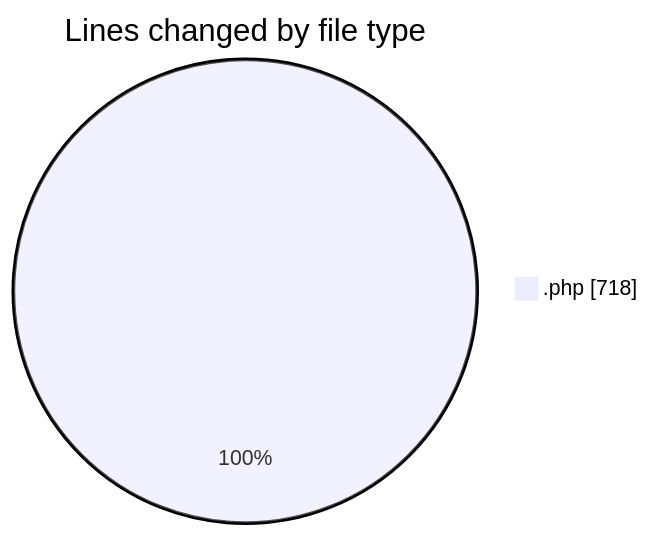
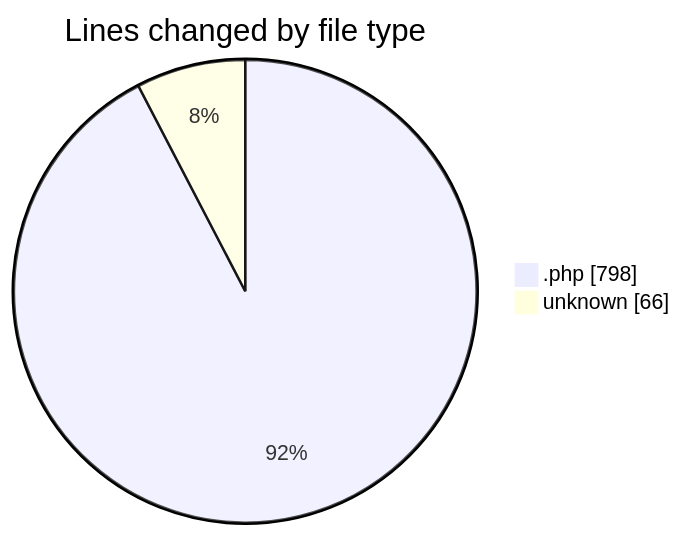
The first of 2 diagrams in 2025-10-05/lapangan-futsal/README.md (idhammustaqopulfikri/code-tracking), drawn with Mermaid before and after one commit. The commit also changed other lines of this file and 1 other file, not shown here.

````diff
--- a/2025-10-05/lapangan-futsal/README.md
+++ b/2025-10-05/lapangan-futsal/README.md
@@ -29,5 +31,6 @@
 ```mermaid
 pie showData
 title Lines changed by file type
-".php" : 718
+".php" : 798
+"unknown" : 66
 ```
````
